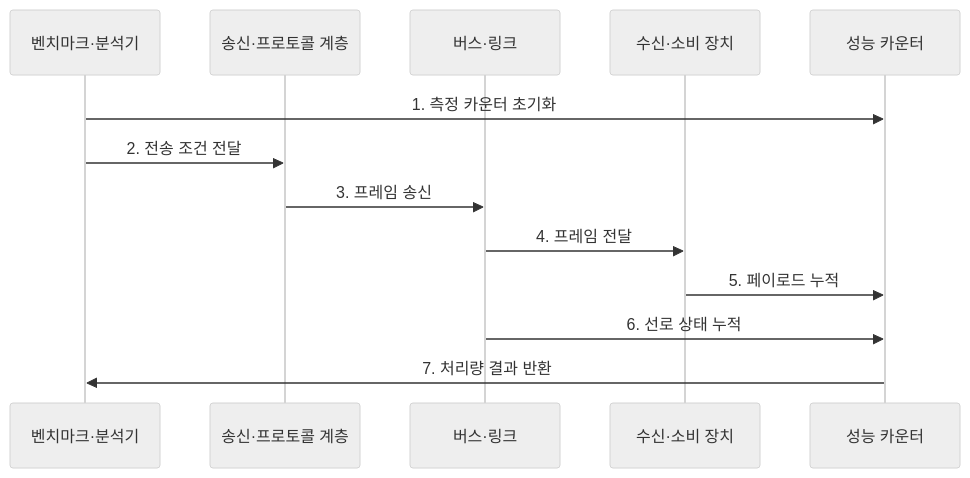
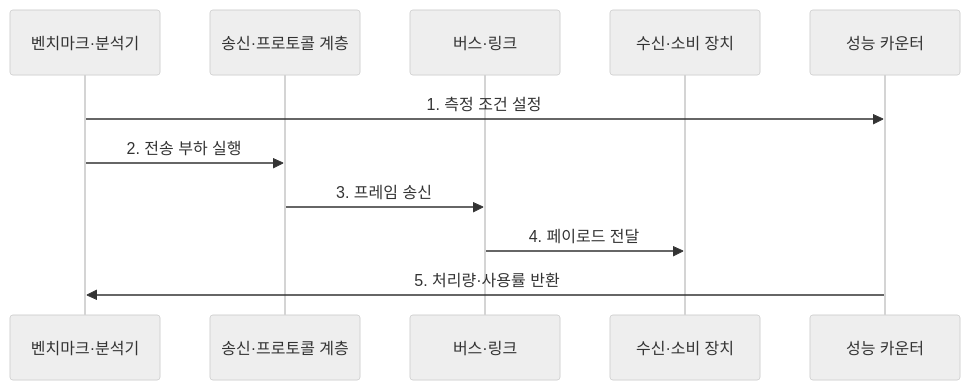
The second of 2 diagrams in src/content/docs/notes/02-hardware/076_bus_bandwidth.md (agnusdei1207/knowledge-base), drawn with Mermaid (neutral theme) before and after one commit. The commit also changed other lines of this file and 86 other files, not shown here.

````diff
--- a/src/content/docs/notes/02-hardware/076_bus_bandwidth.md
+++ b/src/content/docs/notes/02-hardware/076_bus_bandwidth.md
@@ -84,16 +90,14 @@
 ```mermaid
 sequenceDiagram
     participant B as 벤치마크·분석기
     participant S as 송신·프로토콜 계층
     participant L as 버스·링크
     participant R as 수신·소비 장치
     participant M as 성능 카운터
 
-    B->>M: 1. 측정 카운터 초기화
-    B->>S: 2. 전송 조건 전달
+    B->>M: 1. 측정 조건 설정
+    B->>S: 2. 전송 부하 실행
     S->>L: 3. 프레임 송신
-    L->>R: 4. 프레임 전달
-    R->>M: 5. 페이로드 누적
-    L->>M: 6. 선로 상태 누적
-    M->>B: 7. 처리량 결과 반환
+    L->>R: 4. 페이로드 전달
+    M->>B: 5. 처리량·사용률 반환
 ```
````
